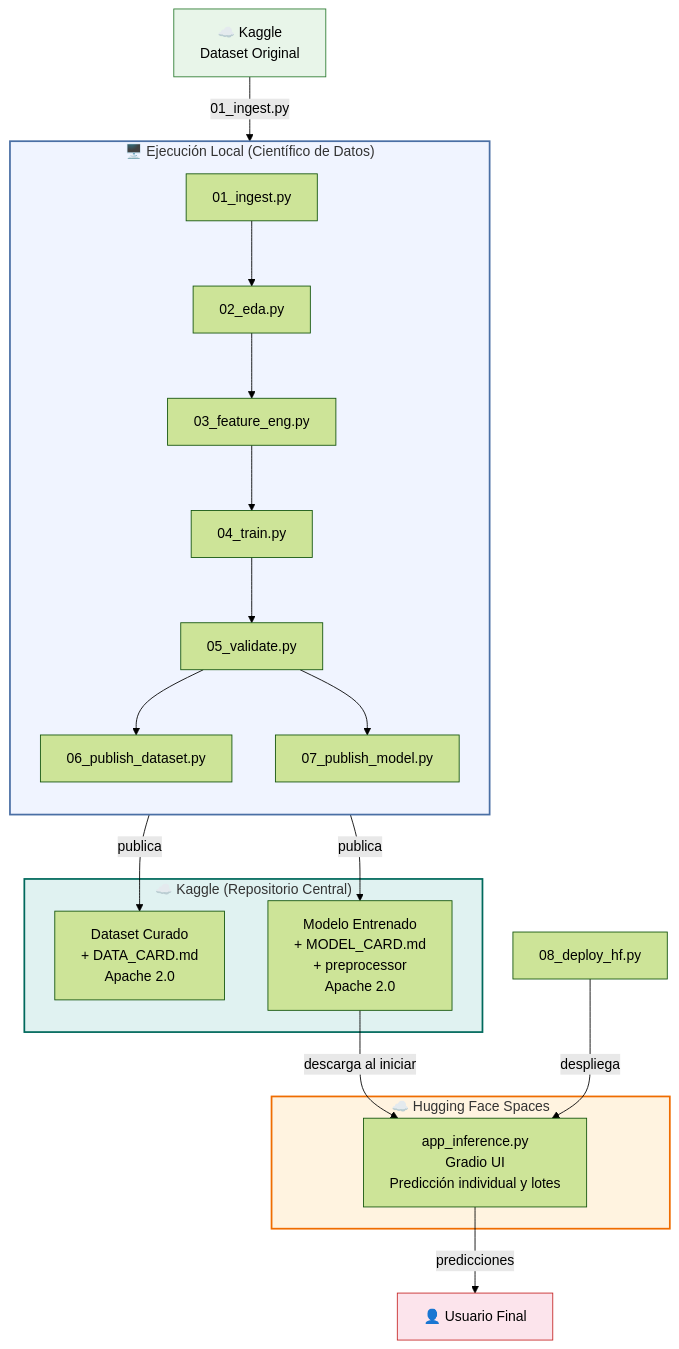
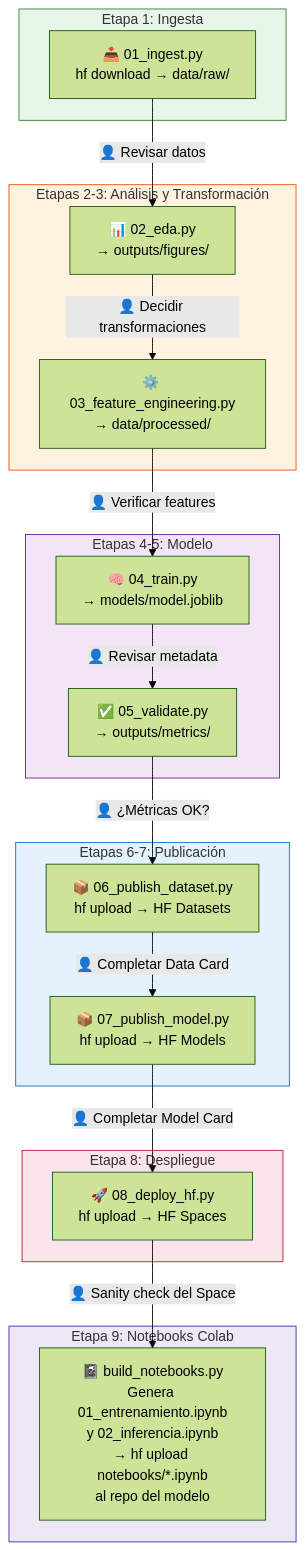
One commit to gusdelact/kiropowerdatascienceassistant changed the second of 4 diagrams in ARQUITECTURA.md. Above: the diagram before and after it, drawn with Mermaid (forest theme). The commit also changed other lines of this file and 3 other files, not shown here.

````diff
--- a/ARQUITECTURA.md
+++ b/ARQUITECTURA.md
@@ -126,34 +101,45 @@
 ```mermaid
-flowchart TB
-    subgraph LOCAL["🖥️ Ejecución Local (Científico de Datos)"]
-        direction TB
-        INGEST["01_ingest.py"] --> EDA["02_eda.py"]
-        EDA --> FE["03_feature_eng.py"]
-        FE --> TRAIN["04_train.py"]
-        TRAIN --> VAL["05_validate.py"]
-        VAL --> PUB_DS["06_publish_dataset.py"]
-        VAL --> PUB_MOD["07_publish_model.py"]
+flowchart TD
+    subgraph INGESTA["Etapa 1: Ingesta"]
+        A["📥 01_ingest.py\nhf download → data/raw/"]
     end
 
-    subgraph KAGGLE["☁️ Kaggle (Repositorio Central)"]
-        DS_CURADO["Dataset Curado\n+ DATA_CARD.md\nApache 2.0"]
-        MODELO["Modelo Entrenado\n+ MODEL_CARD.md\n+ preprocessor\nApache 2.0"]
+    subgraph ANALISIS["Etapas 2-3: Análisis y Transformación"]
+        B["📊 02_eda.py\n→ outputs/figures/"]
+        C["⚙️ 03_feature_engineering.py\n→ data/processed/"]
     end
 
-    subgraph HF["☁️ Hugging Face Spaces"]
-        APP_INF["app_inference.py\nGradio UI\nPredicción individual y lotes"]
+    subgraph MODELO["Etapas 4-5: Modelo"]
+        D["🧠 04_train.py\n→ models/model.joblib"]
+        E["✅ 05_validate.py\n→ outputs/metrics/"]
     end
 
-    KAGGLE_SRC["☁️ Kaggle\nDataset Original"] -->|"01_ingest.py"| INGEST
-    PUB_DS -->|"publica"| DS_CURADO
-    PUB_MOD -->|"publica"| MODELO
-    MODELO -->|"descarga al iniciar"| APP_INF
-    DEPLOY["08_deploy_hf.py"] -->|"despliega"| APP_INF
-    APP_INF -->|"predicciones"| USUARIO["👤 Usuario Final"]
+    subgraph PUBLICACION["Etapas 6-7: Publicación"]
+        F["📦 06_publish_dataset.py\nhf upload → HF Datasets"]
+        G["📦 07_publish_model.py\nhf upload → HF Models"]
+    end
 
-    style LOCAL fill:#f0f4ff,stroke:#4a6fa5,stroke-width:2px
-    style KAGGLE fill:#e0f2f1,stroke:#00695c,stroke-width:2px
-    style HF fill:#fff3e0,stroke:#ef6c00,stroke-width:2px
-    style KAGGLE_SRC fill:#e8f5e9,stroke:#2e7d32
-    style USUARIO fill:#fce4ec,stroke:#c62828
+    subgraph DEPLOY["Etapa 8: Despliegue"]
+        H["🚀 08_deploy_hf.py\nhf upload → HF Spaces"]
+    end
+
+    subgraph NOTEBOOKS["Etapa 9: Notebooks Colab"]
+        I["📓 build_notebooks.py\nGenera 01_entrenamiento.ipynb\ny 02_inferencia.ipynb\n→ hf upload notebooks/*.ipynb\nal repo del modelo"]
+    end
+
+    A -->|"👤 Revisar datos"| B
+    B -->|"👤 Decidir transformaciones"| C
+    C -->|"👤 Verificar features"| D
+    D -->|"👤 Revisar metadata"| E
+    E -->|"👤 ¿Métricas OK?"| F
+    F -->|"👤 Completar Data Card"| G
+    G -->|"👤 Completar Model Card"| H
+    H -->|"👤 Sanity check del Space"| I
+
+    style INGESTA fill:#e8f5e9,stroke:#2e7d32
+    style ANALISIS fill:#fff3e0,stroke:#e65100
+    style MODELO fill:#f3e5f5,stroke:#6a1b9a
+    style PUBLICACION fill:#e3f2fd,stroke:#1565c0
+    style DEPLOY fill:#fce4ec,stroke:#b71c1c
+    style NOTEBOOKS fill:#ede7f6,stroke:#4527a0
 ```
````
